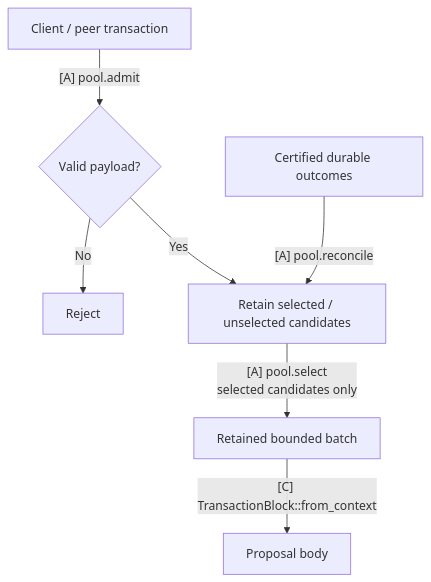
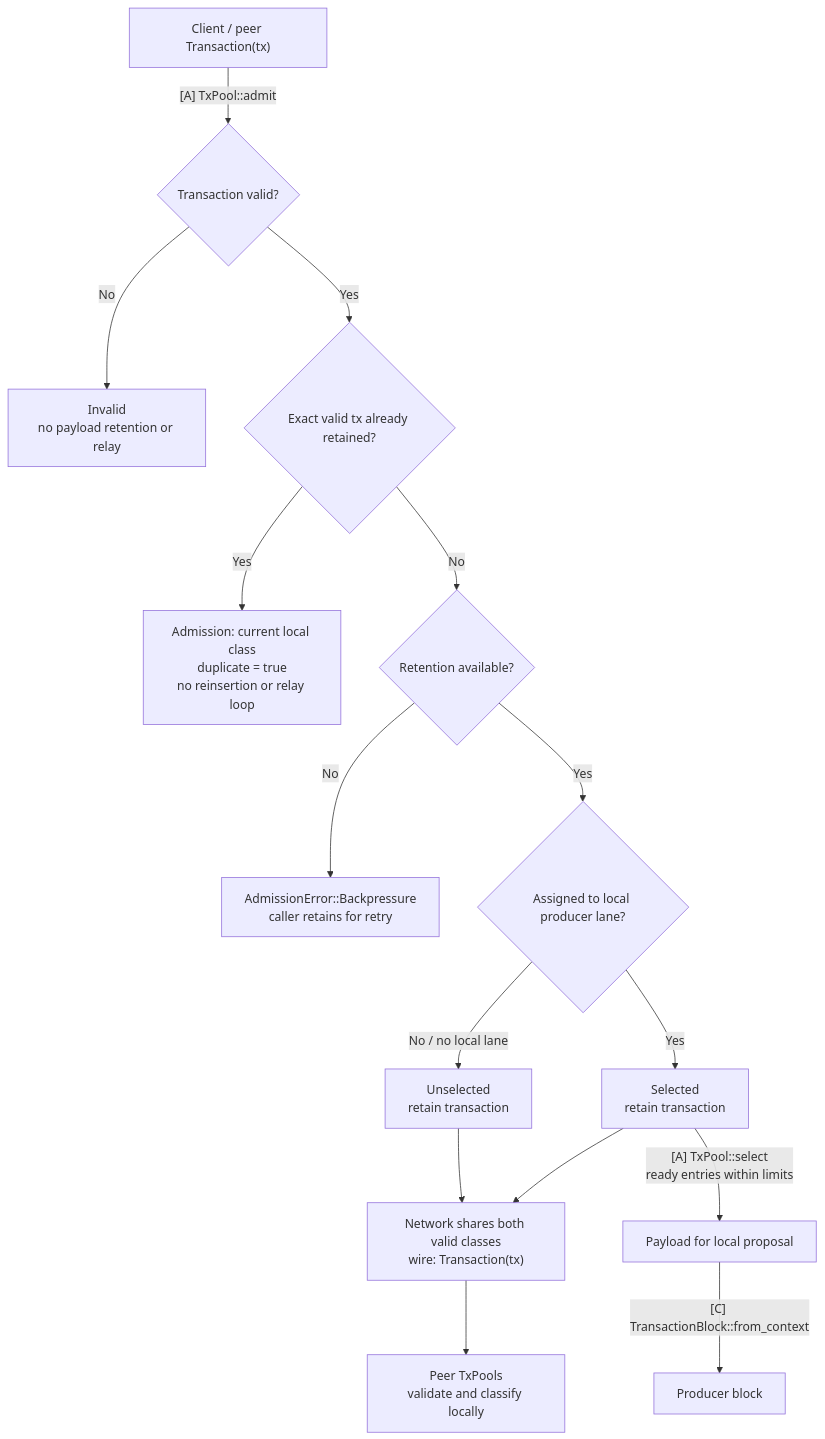
Before and after one commit to djm07073/baton: the diagram in tx-pool/README.md, drawn with Mermaid. The commit also changed other lines of this file and 26 other files, not shown here.

Commit message:
feat: define lane-aware shared transaction pool contracts

````diff
--- a/tx-pool/README.md
+++ b/tx-pool/README.md
@@ -48,9 +73,17 @@
 ```mermaid
 flowchart TB
-    I["Client / peer transaction"] -->|"[A] pool.admit"| V{"Valid payload?"}
-    V -->|"No"| X["Reject"]
-    V -->|"Yes"| C["Retain selected / unselected candidates"]
-    C -->|"[A] pool.select<br/>selected candidates only"| B["Retained bounded batch"]
-    B -->|"[C] TransactionBlock::from_context"| P["Proposal body"]
-    D["Certified durable outcomes"] -->|"[A] pool.reconcile"| C
+    I["Client / peer Transaction(tx)"] -->|"[A] TxPool::admit"| V{"Transaction valid?"}
+    V -->|"No"| X["Invalid<br/>no payload retention or relay"]
+    V -->|"Yes"| D{"Exact valid tx already retained?"}
+    D -->|"Yes"| K["Admission: current local class<br/>duplicate = true<br/>no reinsertion or relay loop"]
+    D -->|"No"| R{"Retention available?"}
+    R -->|"No"| F["AdmissionError::Backpressure<br/>caller retains for retry"]
+    R -->|"Yes"| L{"Assigned to local producer lane?"}
+    L -->|"Yes"| S["Selected<br/>retain transaction"]
+    L -->|"No / no local lane"| U["Unselected<br/>retain transaction"]
+    S --> G["Network shares both valid classes<br/>wire: Transaction(tx)"]
+    U --> G
+    S -->|"[A] TxPool::select<br/>ready entries within limits"| B["Payload for local proposal"]
+    B -->|"[C] TransactionBlock::from_context"| P["Producer block"]
+    G --> Q["Peer TxPools<br/>validate and classify locally"]
 ```
````
